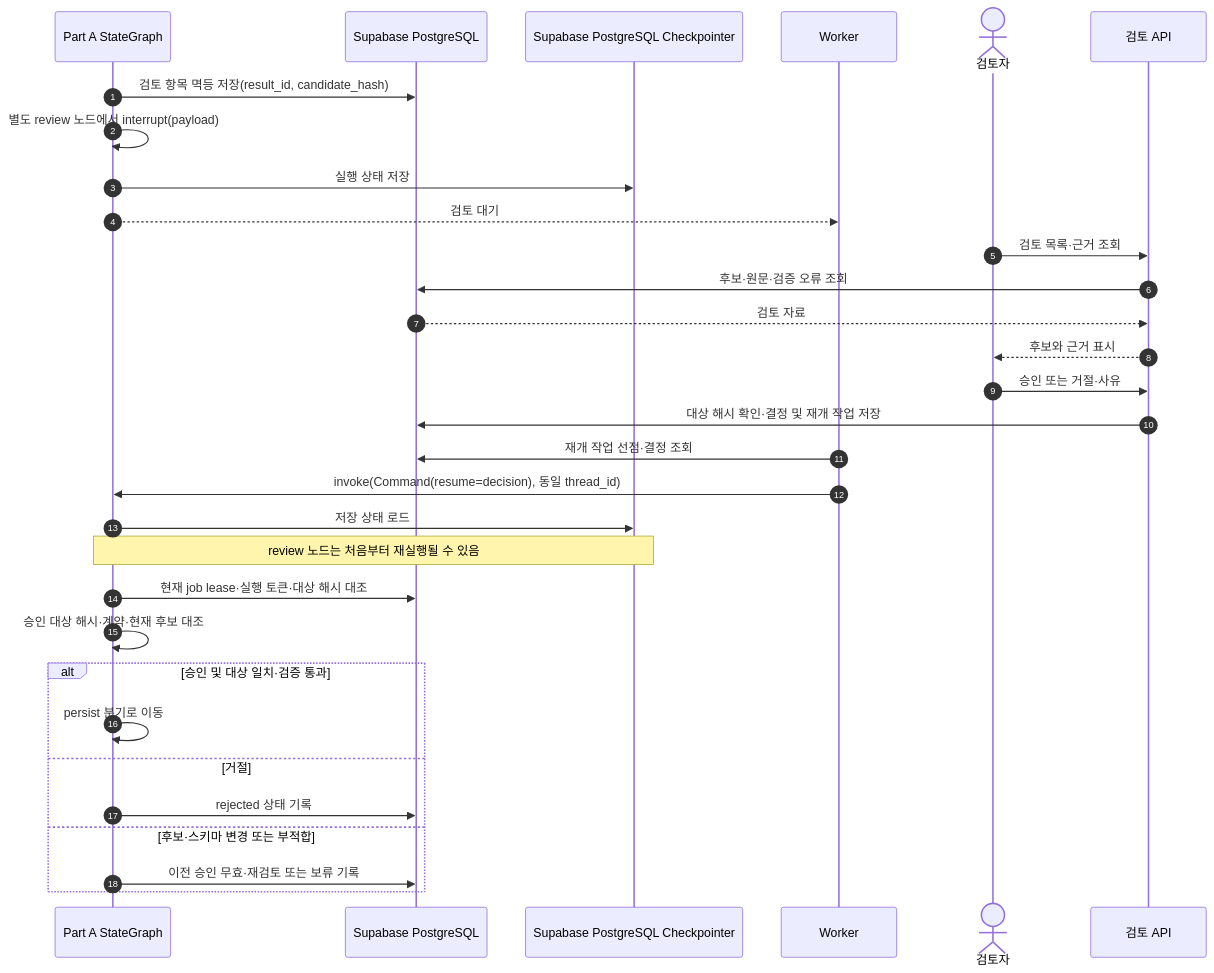
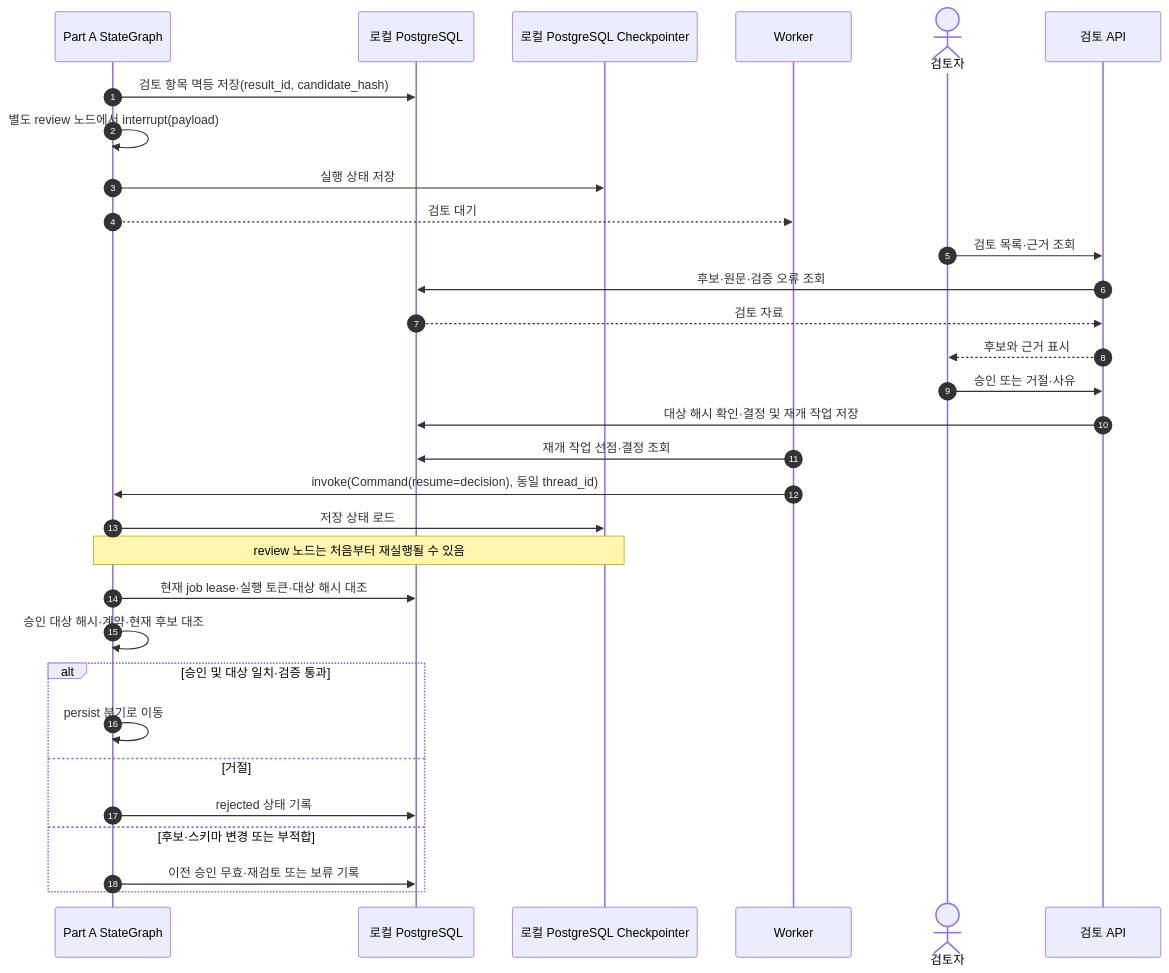
The eighth of 17 diagrams in docs/sequences.md (mykim711231/NewsContext), drawn with Mermaid before and after one commit. The commit also changed other lines of this file and 11 other files, not shown here.

First line of the commit message:
docs: store KG in local PostgreSQL graph tables, drop Neo4j

````diff
--- a/docs/sequences.md
+++ b/docs/sequences.md
@@ -299,33 +300,33 @@
 ```mermaid
 sequenceDiagram
     autonumber
     participant Flow as Part A StateGraph
-    participant DB as Supabase PostgreSQL
-    participant CP as Supabase PostgreSQL Checkpointer
+    participant DB as 로컬 PostgreSQL
+    participant CP as 로컬 PostgreSQL Checkpointer
     participant Worker as Worker
     actor Reviewer as 검토자
     participant API as 검토 API
     Flow->>DB: 검토 항목 멱등 저장(result_id, candidate_hash)
     Flow->>Flow: 별도 review 노드에서 interrupt(payload)
     Flow->>CP: 실행 상태 저장
     Flow-->>Worker: 검토 대기
     Reviewer->>API: 검토 목록·근거 조회
     API->>DB: 후보·원문·검증 오류 조회
     DB-->>API: 검토 자료
     API-->>Reviewer: 후보와 근거 표시
     Reviewer->>API: 승인 또는 거절·사유
     API->>DB: 대상 해시 확인·결정 및 재개 작업 저장
     Worker->>DB: 재개 작업 선점·결정 조회
     Worker->>Flow: invoke(Command(resume=decision), 동일 thread_id)
     Flow->>CP: 저장 상태 로드
     Note over Flow,CP: review 노드는 처음부터 재실행될 수 있음
     Flow->>DB: 현재 job lease·실행 토큰·대상 해시 대조
     Flow->>Flow: 승인 대상 해시·계약·현재 후보 대조
     alt 승인 및 대상 일치·검증 통과
         Flow->>Flow: persist 분기로 이동
     else 거절
         Flow->>DB: rejected 상태 기록
     else 후보·스키마 변경 또는 부적합
         Flow->>DB: 이전 승인 무효·재검토 또는 보류 기록
     end
 ```
````
